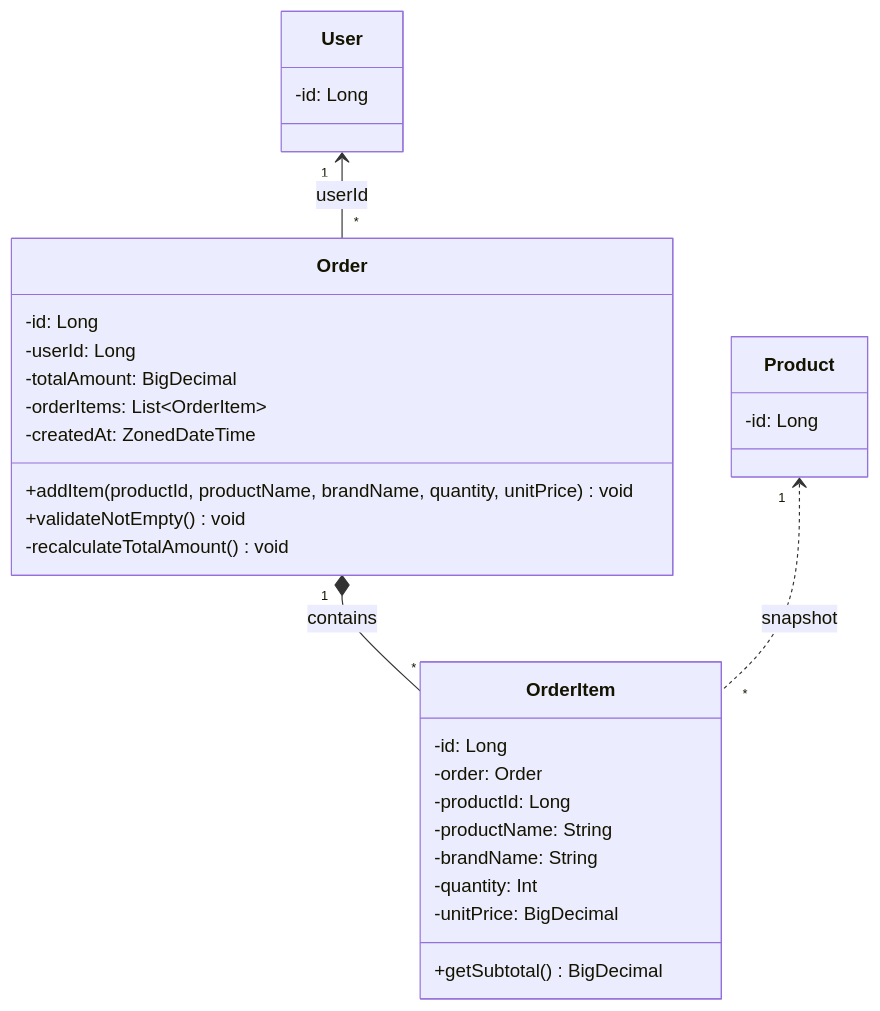
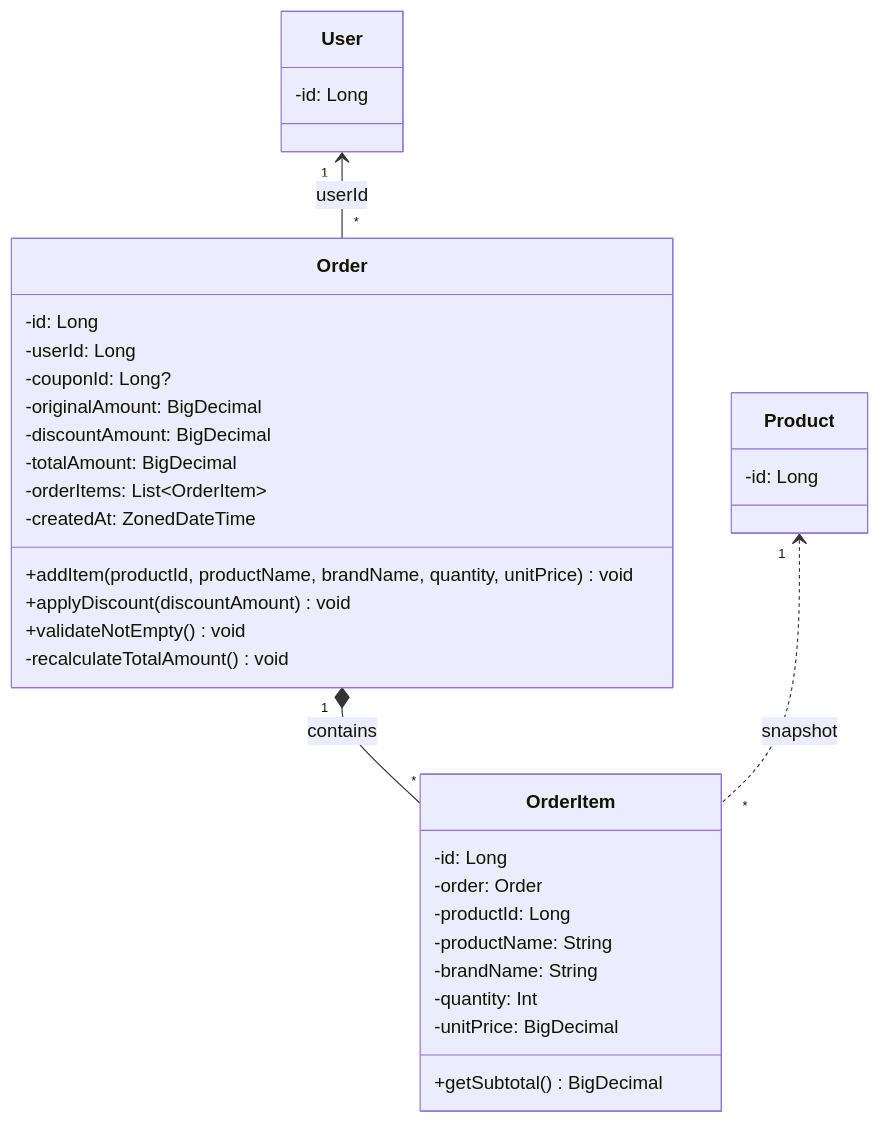
The sixth of 8 diagrams in docs/design/03-class-diagram.md (Loopers-dev-lab/loop-pack-be-l2-vol3-kotlin), drawn with Mermaid before and after one commit. The commit also changed other lines of this file and 2 other files, not shown here.

Commit message:
docs: 설계 문서에 전체 주문 실패 정책 반영
- 부분 주문 관련 비즈니스 규칙 및 정책 업데이트
- 시퀀스 다이어그램 현행화
- Order 클래스 다이어그램에 쿠폰 필드 반영

````diff
--- a/docs/design/03-class-diagram.md
+++ b/docs/design/03-class-diagram.md
@@ -281,36 +281,40 @@
 ```mermaid
 classDiagram
     class Order {
         -id: Long
         -userId: Long
+        -couponId: Long?
+        -originalAmount: BigDecimal
+        -discountAmount: BigDecimal
         -totalAmount: BigDecimal
         -orderItems: List~OrderItem~
         -createdAt: ZonedDateTime
         +addItem(productId, productName, brandName, quantity, unitPrice) void
+        +applyDiscount(discountAmount) void
         +validateNotEmpty() void
         -recalculateTotalAmount() void
     }
 
     class OrderItem {
         -id: Long
         -order: Order
         -productId: Long
         -productName: String
         -brandName: String
         -quantity: Int
         -unitPrice: BigDecimal
         +getSubtotal() BigDecimal
     }
 
     class User {
         -id: Long
     }
 
     class Product {
         -id: Long
     }
 
     User "1" <-- "*" Order : userId
     Order "1" *-- "*" OrderItem : contains
     Product "1" <.. "*" OrderItem : snapshot
 ```
````
